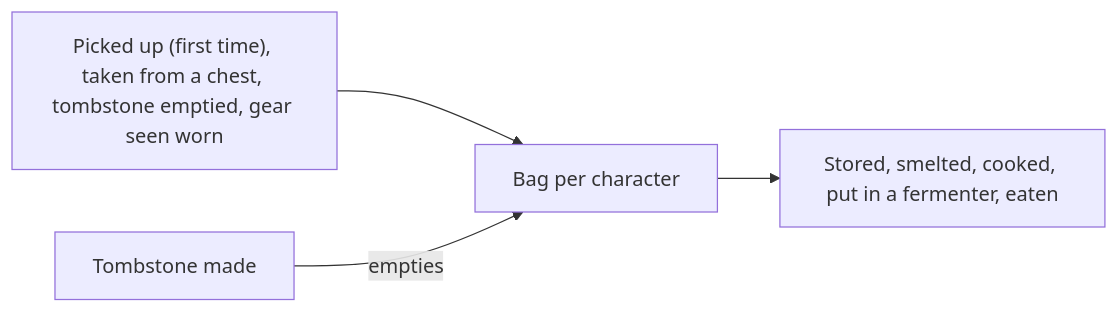
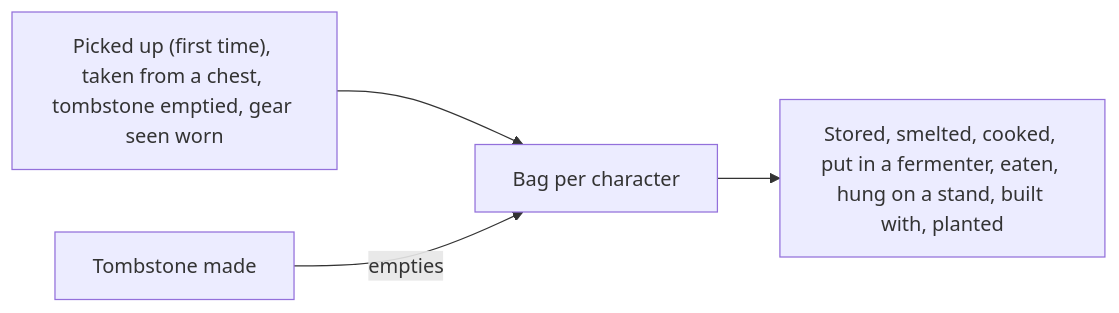
The ninth of 18 diagrams in docs/architecture.md (cristiadu/valheim-dashboard), drawn with Mermaid before and after one commit. The commit also changed other lines of this file and 20 other files, not shown here.

Commit message:
Keep each bag guess within 32 slots: take out building costs, cooking, hung trophies, and old materials (#80)

````diff
--- a/docs/architecture.md
+++ b/docs/architecture.md
@@ -184,6 +184,6 @@
 ```mermaid
 flowchart LR
   in["Picked up (first time), taken from a chest, tombstone emptied, gear seen worn"] --> bag[Bag per character]
-  bag --> out["Stored, smelted, cooked, put in a fermenter, eaten"]
+  bag --> out["Stored, smelted, cooked, put in a fermenter, eaten, hung on a stand, built with, planted"]
   death["Tombstone made"] -->|empties| bag
 ```
````
